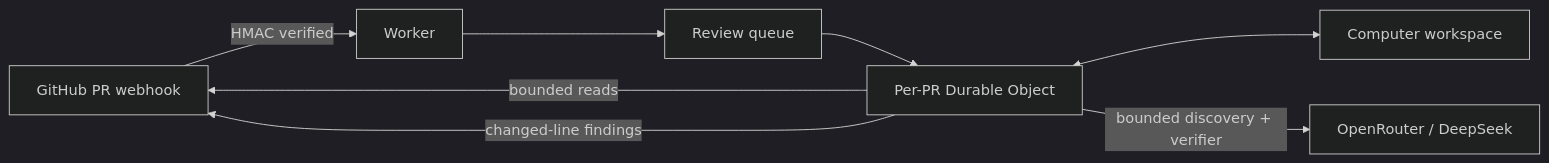
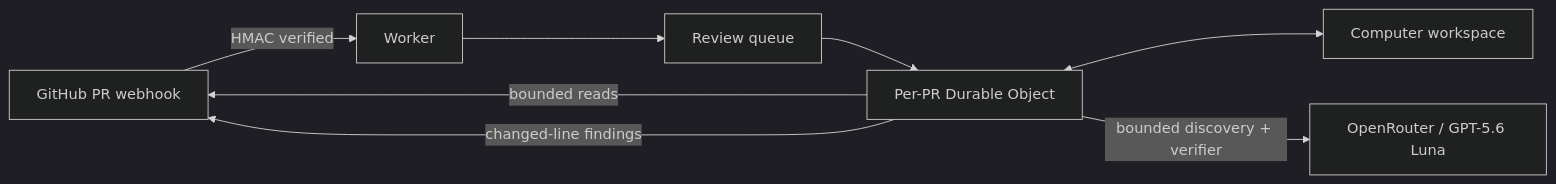
The diagram in README.md (Derpedyea/gaston), drawn with Mermaid (dark theme) before and after one commit. The commit also changed other lines of this file and 29 other files, not shown here.

````diff
--- a/README.md
+++ b/README.md
@@ -48,10 +56,10 @@
 ```mermaid
 flowchart LR
   GH[GitHub PR webhook] -->|HMAC verified| W[Worker]
   W --> Q[Review queue]
   Q --> DO[Per-PR Durable Object]
   DO <--> FS[Computer workspace]
   DO -->|bounded reads| GH
-  DO -->|bounded discovery + verifier| OR[OpenRouter / DeepSeek]
+  DO -->|bounded discovery + verifier| OR[OpenRouter / GPT-5.6 Luna]
   DO -->|changed-line findings| GH
 ```
````
